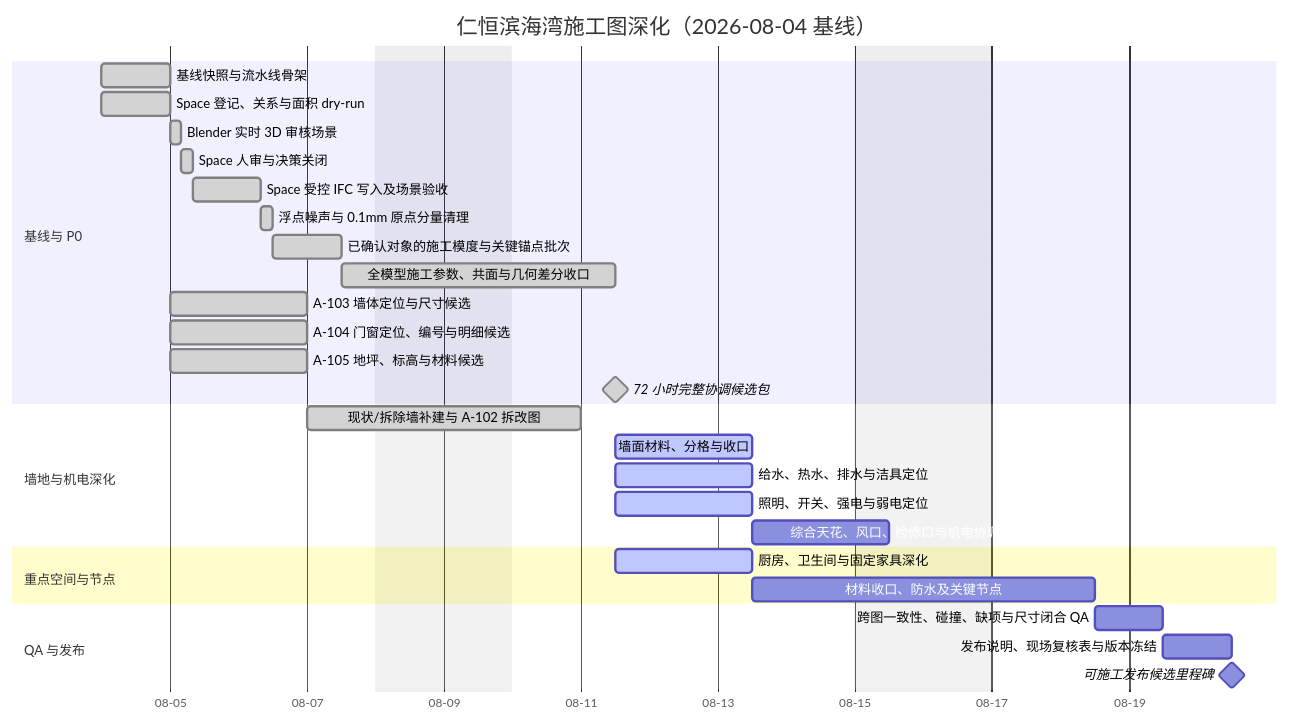
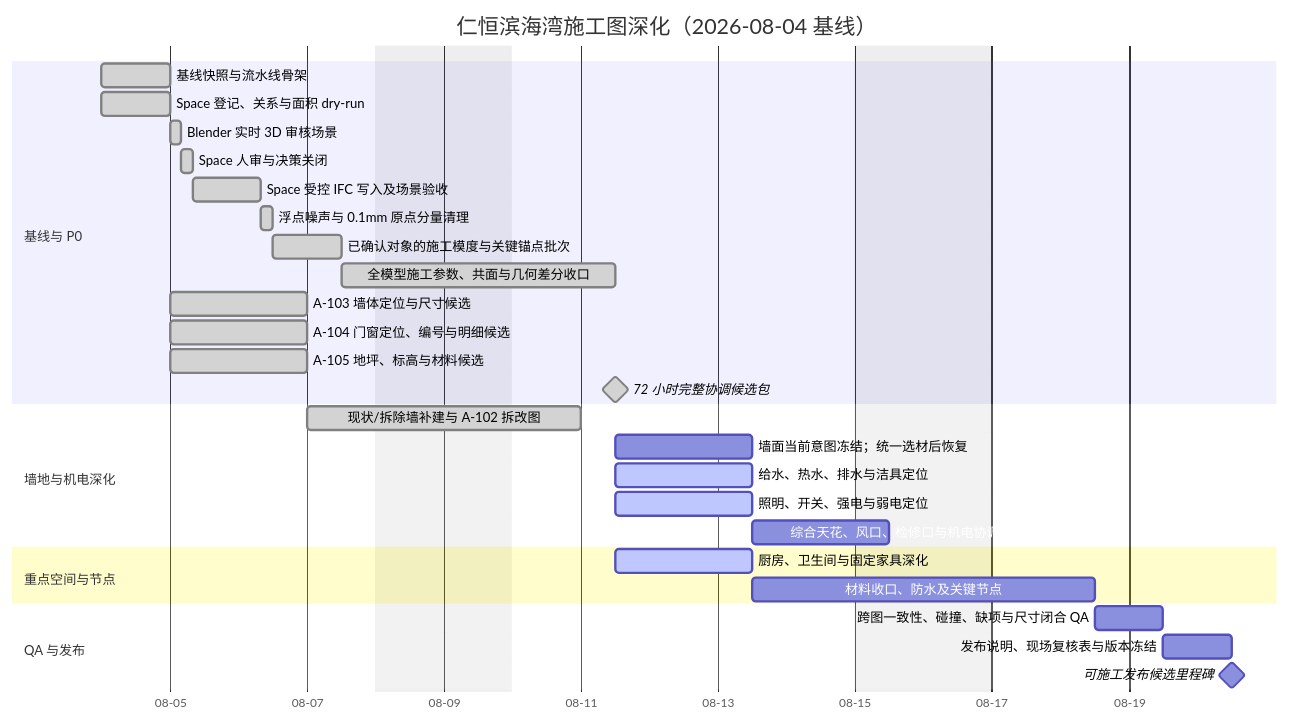
Before and after one commit to Weihan96/2504-GBTB-Yanlord-Zhuhai: the diagram in drawings/滨海湾装修施工图深化工作管理.md, drawn with Mermaid. The commit also changed other lines of this file and 35 other files, not shown here.

````diff
--- a/drawings/滨海湾装修施工图深化工作管理.md
+++ b/drawings/滨海湾装修施工图深化工作管理.md
@@ -65,37 +65,37 @@
 ```mermaid
 gantt
     title 仁恒滨海湾施工图深化（2026-08-04 基线）
     dateFormat  YYYY-MM-DD
     axisFormat  %m-%d
     excludes    weekends
 
     section 基线与 P0
     基线快照与流水线骨架                 :done, M000, 2026-08-04, 1d
     Space 登记、关系与面积 dry-run       :done, S001, 2026-08-04, 1d
     Blender 实时 3D 审核场景              :done, S002A, after S001, 4h
     Space 人审与决策关闭                 :done, S002, after S002A, 4h
     Space 受控 IFC 写入及场景验收         :done, S003, after S002, 1d
     浮点噪声与 0.1mm 原点分量清理          :done, C001, after S003, 4h
     已确认对象的施工模度与关键锚点批次       :done, C002, after C001, 1d
     全模型施工参数、共面与几何差分收口       :done, C003, after C002, 2d
     A-103 墙体定位与尺寸候选              :done, A103, after S001, 2d
     A-104 门窗定位、编号与明细候选         :done, A104, after S001, 2d
     A-105 地坪、标高与材料候选             :done, A105, after S001, 2d
     72 小时完整协调候选包                 :milestone, done, M072, after C003 A103 A104 A105, 0d
 
     section 墙地与机电深化
     现状/拆除墙补建与 A-102 拆改图         :done, A102, after A103, 2d
-    墙面材料、分格与收口                  :active, WFIN, after M072, 2d
+    墙面当前意图冻结；统一选材后恢复         :WFIN, after M072, 2d
     给水、热水、排水与洁具定位             :active, PLUM, after M072, 2d
     照明、开关、强电与弱电定位             :active, ELEC, after M072, 2d
     综合天花、风口、检修口与机电协调        :RCP1, after ELEC, 2d
 
     section 重点空间与节点
     厨房、卫生间与固定家具深化             :active, INT1, after M072, 2d
     材料收口、防水及关键节点               :DET1, after INT1, 3d
 
     section QA 与发布
     跨图一致性、碰撞、缺项与尺寸闭合 QA     :QA01, after RCP1 DET1 WFIN PLUM, 1d
     发布说明、现场复核表与版本冻结           :REL1, after QA01, 1d
     可施工发布候选里程碑                   :milestone, MREL, after REL1, 0d
 ```
````
